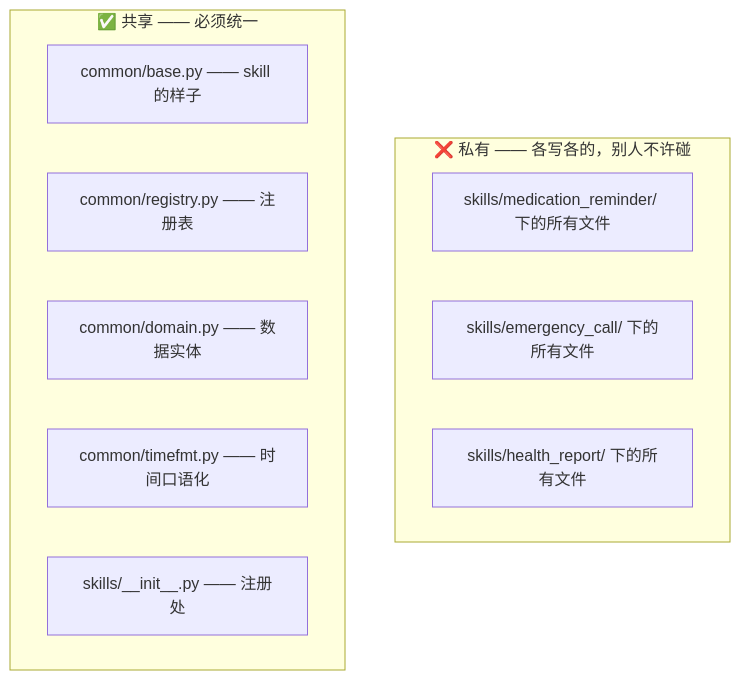
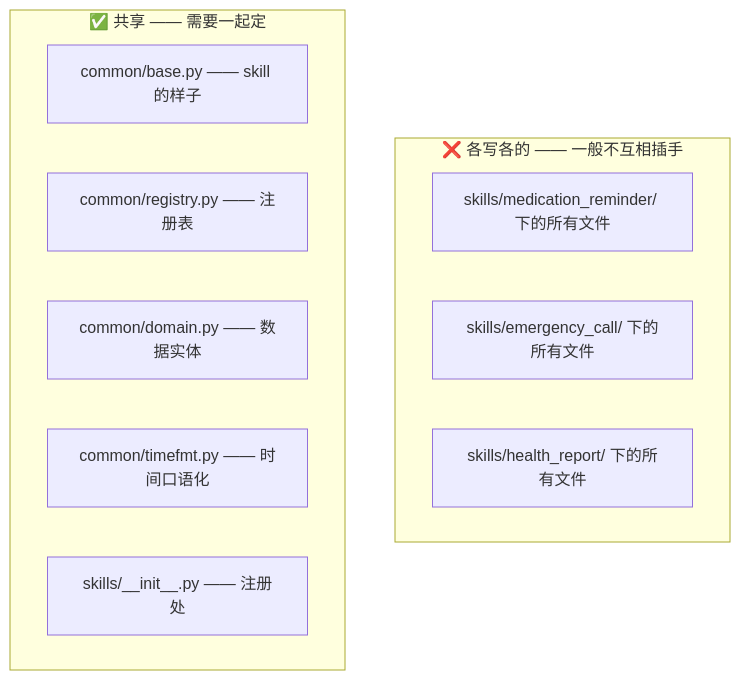
One commit to Hannahvictoriza092/eldercare-voice-agent changed the diagram in docs/接口约定.md. Above: the diagram before and after it, drawn with Mermaid. The commit also changed other lines of this file and 18 other files, not shown here.

````diff
--- a/docs/接口约定.md
+++ b/docs/接口约定.md
@@ -11,15 +11,15 @@
 ```mermaid
 flowchart TB
-    subgraph PRIVATE["❌ 私有 —— 各写各的，别人不许碰"]
+    subgraph PRIVATE["❌ 各写各的 —— 一般不互相插手"]
         P1["skills/medication_reminder/ 下的所有文件"]
         P2["skills/emergency_call/ 下的所有文件"]
         P3["skills/health_report/ 下的所有文件"]
     end
-    subgraph SHARED["✅ 共享 —— 必须统一"]
+    subgraph SHARED["✅ 共享 —— 需要一起定"]
         S1["common/base.py —— skill 的样子"]
         S2["common/registry.py —— 注册表"]
         S3["common/domain.py —— 数据实体"]
         S4["common/timefmt.py —— 时间口语化"]
         S5["skills/__init__.py —— 注册处"]
     end
 ```
````
